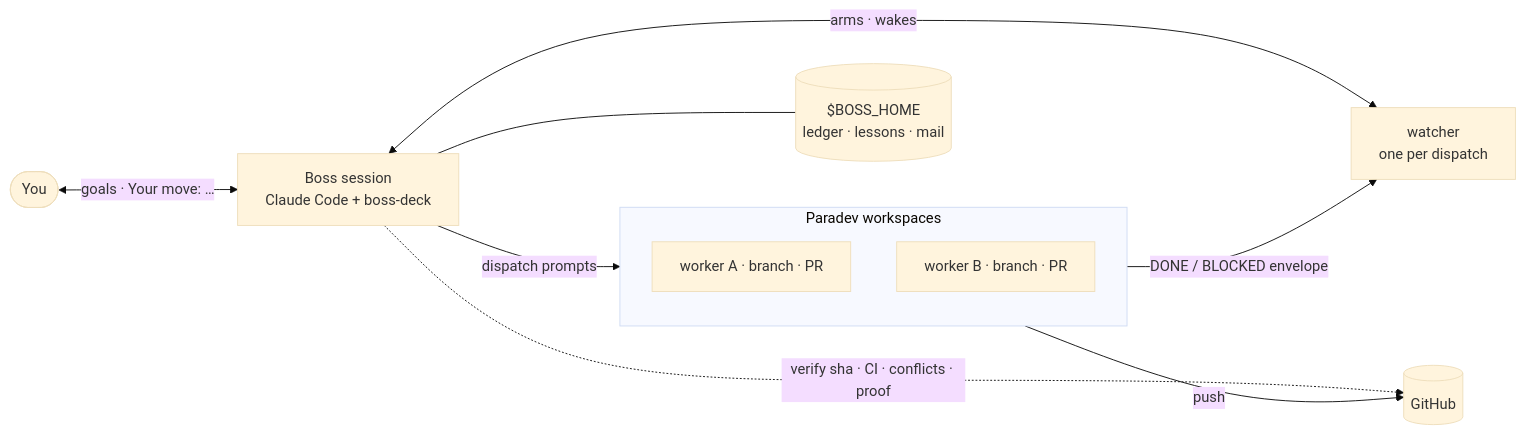
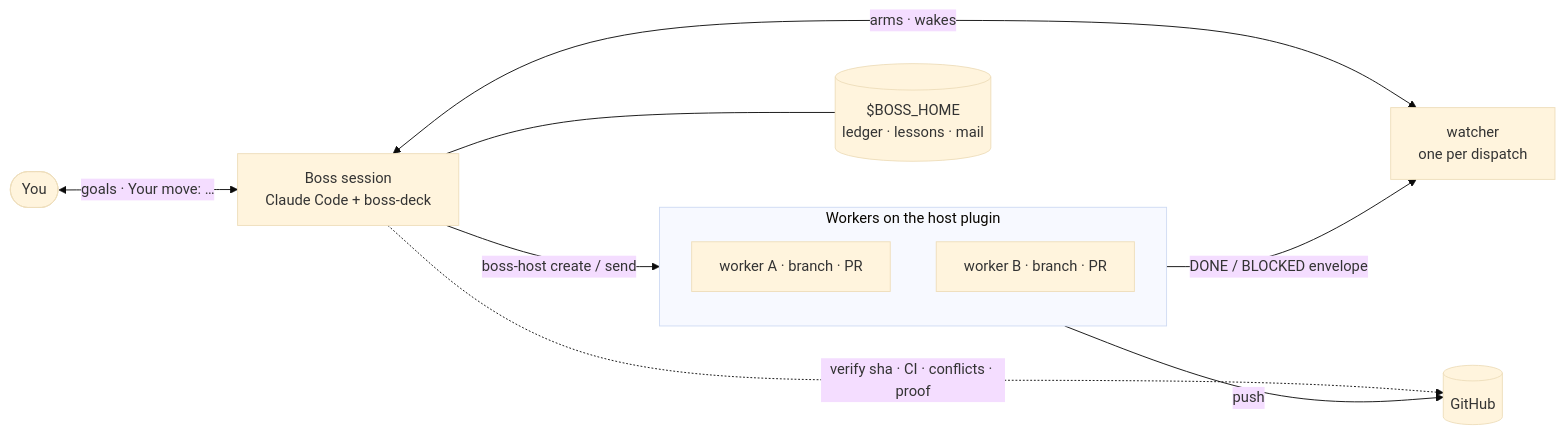
Before and after one commit to shlior7/boss-kit: the first of 2 diagrams in README.md, drawn with Mermaid (base theme). The commit also changed other lines of this file and 46 other files, not shown here.

````diff
--- a/README.md
+++ b/README.md
@@ -25,14 +25,14 @@
 ```mermaid
 flowchart LR
   you([You]) <-- "goals · Your move: …" --> boss["Boss session<br/>Claude Code + boss-deck"]
-  boss -- dispatch prompts --> paradev
-  subgraph paradev [Paradev workspaces]
+  boss -- "boss-host create / send" --> workers
+  subgraph workers [Workers on the host plugin]
     A["worker A · branch · PR"]
     B["worker B · branch · PR"]
   end
   boss <-- "arms · wakes" --> W["watcher<br/>one per dispatch"]
-  paradev -- "DONE / BLOCKED envelope" --> W
-  paradev -- push --> GH[(GitHub)]
+  workers -- "DONE / BLOCKED envelope" --> W
+  workers -- push --> GH[(GitHub)]
   boss -. "verify sha · CI · conflicts · proof" .-> GH
   boss --- data[("$BOSS_HOME<br/>ledger · lessons · mail")]
 ```
````
